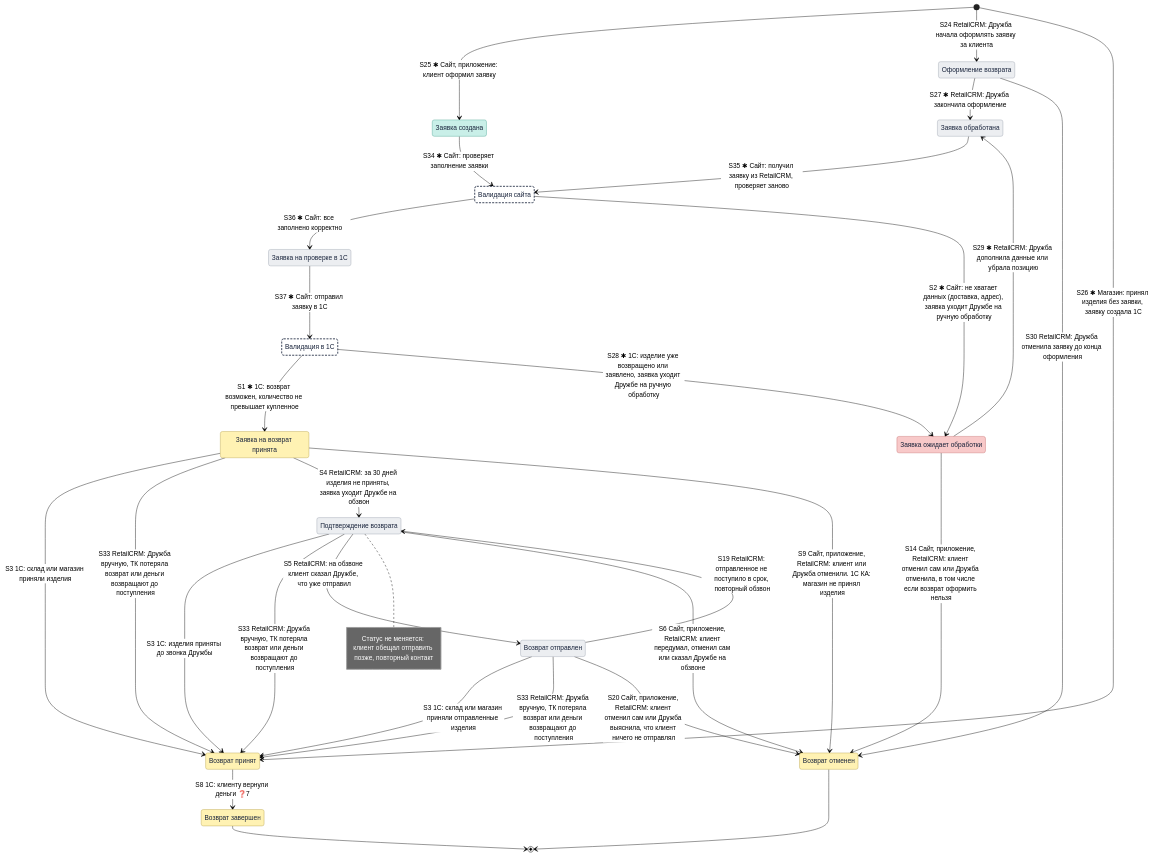
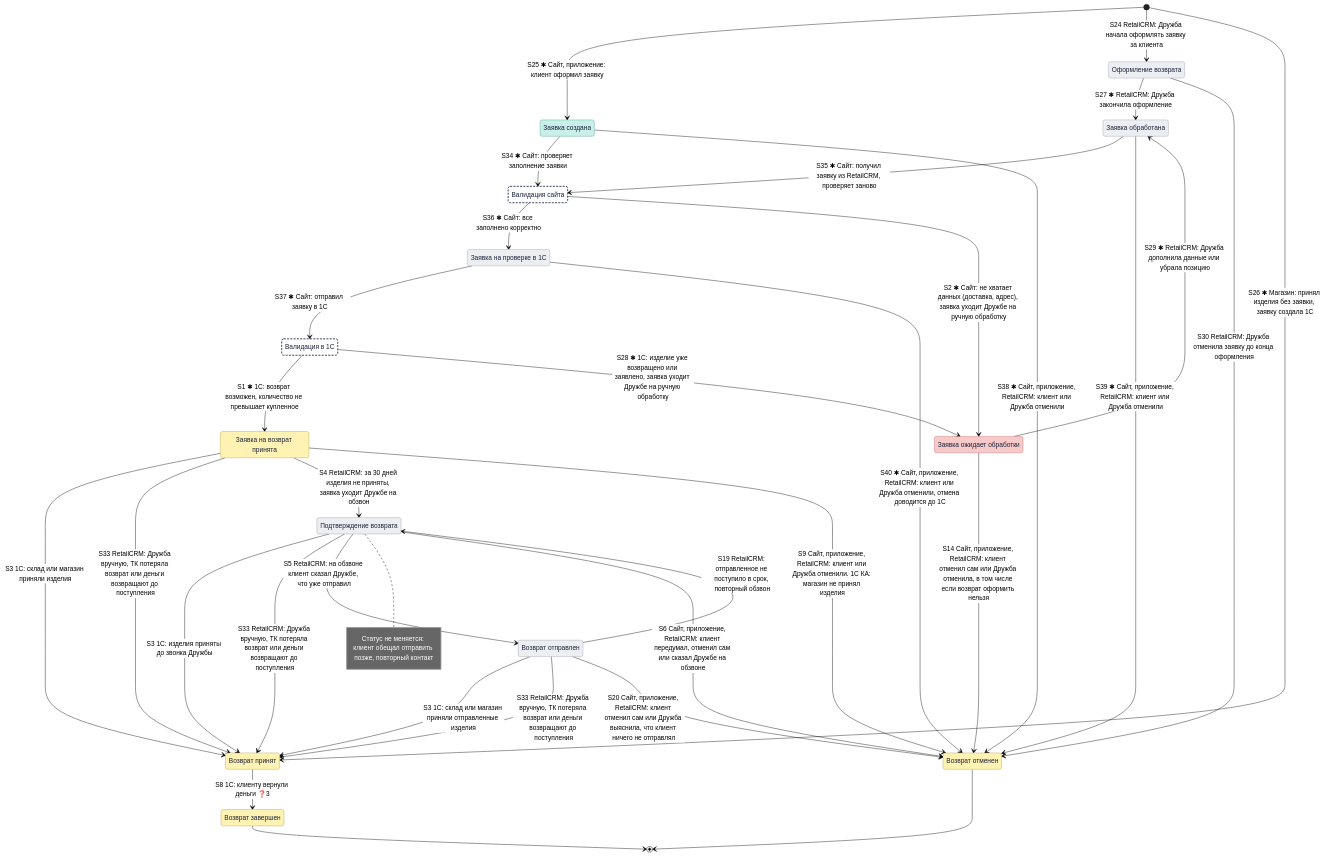
One commit to Terinss155/opencode-agents-analysis changed the first of 3 diagrams in projects/returns-2.0/requirements/diagrams/state/return-status-v4_state.md. Above: the diagram before and after it, drawn with Mermaid (neutral theme). The commit also changed other lines of this file and 6 other files, not shown here.

````diff
--- a/projects/returns-2.0/requirements/diagrams/state/return-status-v4_state.md
+++ b/projects/returns-2.0/requirements/diagrams/state/return-status-v4_state.md
@@ -68,62 +59,65 @@
 ```mermaid
 stateDiagram-v2
     direction TB
 
     state "Оформление возврата" as Draft
     state "Заявка создана" as Created
     state "Заявка обработана" as Processed
     state "Валидация сайта" as SiteCheck
     state "Заявка на проверке в 1С" as SiteValid
     state "Валидация в 1С" as OneCCheck
     state "Заявка ожидает обработки" as Pending
     state "Заявка на возврат принята" as Accepted
     state "Подтверждение возврата" as Confirm
     state "Возврат отправлен" as Sent
     state "Возврат принят" as Received
     state "Возврат завершен" as Completed
     state "Возврат отменен" as Cancelled
 
     [*] --> Created : S25 ✱ Сайт, приложение: клиент оформил заявку
     [*] --> Draft : S24 RetailCRM: Дружба начала оформлять заявку за клиента
     [*] --> Received : S26 ✱ Магазин: принял изделия без заявки, заявку создала 1С
     Draft --> Processed : S27 ✱ RetailCRM: Дружба закончила оформление
     Created --> SiteCheck : S34 ✱ Сайт: проверяет заполнение заявки
     Processed --> SiteCheck : S35 ✱ Сайт: получил заявку из RetailCRM, проверяет заново
     SiteCheck --> SiteValid : S36 ✱ Сайт: все заполнено корректно
     SiteCheck --> Pending : S2 ✱ Сайт: не хватает данных (доставка, адрес), заявка уходит Дружбе на ручную обработку
     SiteValid --> OneCCheck : S37 ✱ Сайт: отправил заявку в 1С
     OneCCheck --> Accepted : S1 ✱ 1С: возврат возможен, количество не превышает купленное
     OneCCheck --> Pending : S28 ✱ 1С: изделие уже возвращено или заявлено, заявка уходит Дружбе на ручную обработку
     Pending --> Processed : S29 ✱ RetailCRM: Дружба дополнила данные или убрала позицию
     Accepted --> Received : S3 1С: склад или магазин приняли изделия
     Accepted --> Received : S33 RetailCRM: Дружба вручную, ТК потеряла возврат или деньги возвращают до поступления
     Accepted --> Confirm : S4 RetailCRM: за 30 дней изделия не приняты, заявка уходит Дружбе на обзвон
     Confirm --> Received : S3 1С: изделия приняты до звонка Дружбы
     Confirm --> Received : S33 RetailCRM: Дружба вручную, ТК потеряла возврат или деньги возвращают до поступления
     Confirm --> Sent : S5 RetailCRM: на обзвоне клиент сказал Дружбе, что уже отправил
     note right of Confirm
         Статус не меняется: клиент обещал отправить позже, повторный контакт
     end note
     Sent --> Confirm : S19 RetailCRM: отправленное не поступило в срок, повторный обзвон
     Sent --> Received : S3 1С: склад или магазин приняли отправленные изделия
     Sent --> Received : S33 RetailCRM: Дружба вручную, ТК потеряла возврат или деньги возвращают до поступления
-    Received --> Completed : S8 1С: клиенту вернули деньги ❓7
+    Received --> Completed : S8 1С: клиенту вернули деньги ❓3
     Draft --> Cancelled : S30 RetailCRM: Дружба отменила заявку до конца оформления
+    Created --> Cancelled : S38 ✱ Сайт, приложение, RetailCRM: клиент или Дружба отменили
+    Processed --> Cancelled : S39 ✱ Сайт, приложение, RetailCRM: клиент или Дружба отменили
+    SiteValid --> Cancelled : S40 ✱ Сайт, приложение, RetailCRM: клиент или Дружба отменили, отмена доводится до 1С
     Pending --> Cancelled : S14 Сайт, приложение, RetailCRM: клиент отменил сам или Дружба отменила, в том числе если возврат оформить нельзя
     Accepted --> Cancelled : S9 Сайт, приложение, RetailCRM: клиент или Дружба отменили. 1С КА: магазин не принял изделия
     Confirm --> Cancelled : S6 Сайт, приложение, RetailCRM: клиент передумал, отменил сам или сказал Дружбе на обзвоне
     Sent --> Cancelled : S20 Сайт, приложение, RetailCRM: клиент отменил сам или Дружба выяснила, что клиент ничего не отправлял
     Completed --> [*]
     Cancelled --> [*]
 
     classDef both fill:#fff2b3,stroke:#b8a24a,color:#17223a
     classDef first fill:#c9efe8,stroke:#4aa392,color:#17223a
     classDef internal fill:#eceef1,stroke:#9aa1ad,color:#17223a
     classDef error fill:#f8c9c9,stroke:#c66b6b,color:#17223a
     classDef check fill:#ffffff,stroke:#17223a,stroke-width:2px,stroke-dasharray:5 3,color:#17223a
     class Created first
     class Pending error
     class Accepted,Received,Completed,Cancelled both
     class Draft,Processed,SiteValid,Confirm,Sent internal
     class SiteCheck,OneCCheck check
 ```
````
